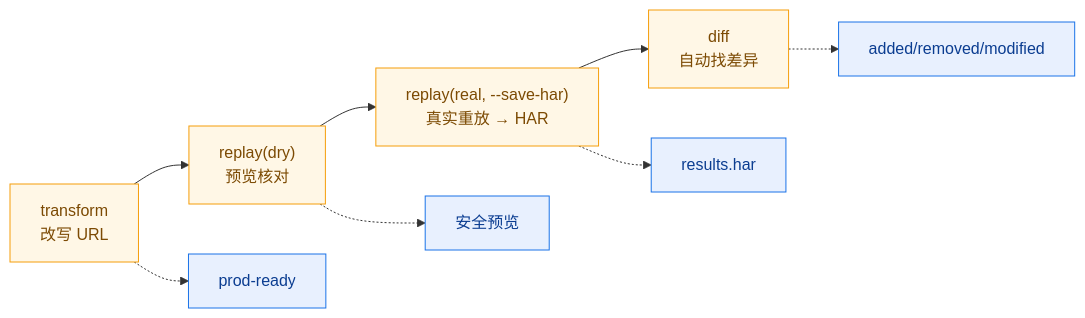
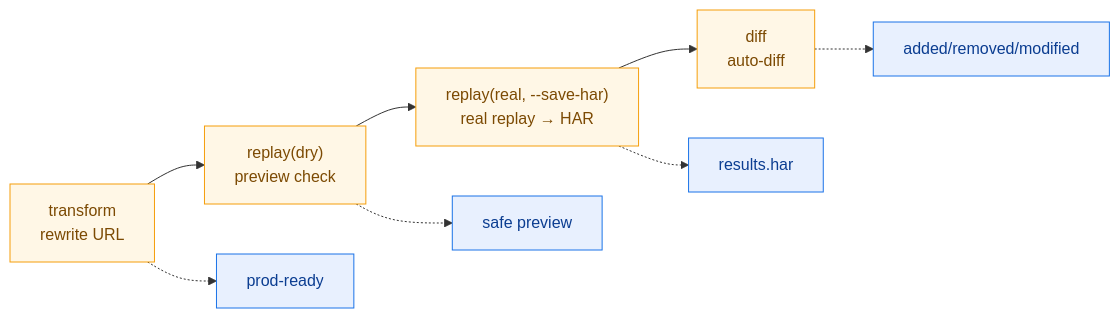
The third of 3 diagrams in website/zh/workflows/api-migration.md (hitechcloud-vietnam/har-skills), drawn with Mermaid before and after one commit. The commit also changed other lines of this file and 97 other files, not shown here.

````diff
--- a/website/zh/workflows/api-migration.md
+++ b/website/zh/workflows/api-migration.md
@@ -385,13 +378,13 @@
 ```mermaid
 flowchart LR
-    T["transform<br/>改写 URL"]:::step --> RD["replay(dry)<br/>预览核对"]:::step
-    RD --> RR["replay(real, --save-har)<br/>真实重放 → HAR"]:::step
-    RR --> DF["diff<br/>自动找差异"]:::step
+    T["transform<br/>rewrite URL"]:::step --> RD["replay(dry)<br/>preview check"]:::step
+    RD --> RR["replay(real, --save-har)<br/>real replay → HAR"]:::step
+    RR --> DF["diff<br/>auto-diff"]:::step
     T -.-> O1["prod-ready"]:::out
-    RD -.-> O2["安全预览"]:::out
+    RD -.-> O2["safe preview"]:::out
     RR -.-> O3["results.har"]:::out
     DF -.-> O4["added/removed/modified"]:::out
 
     classDef step fill:#fff7e6,stroke:#f59e0b,color:#7c4a03
     classDef out fill:#e8f0fe,stroke:#1a73e8,color:#0b3d91
 ```
````
